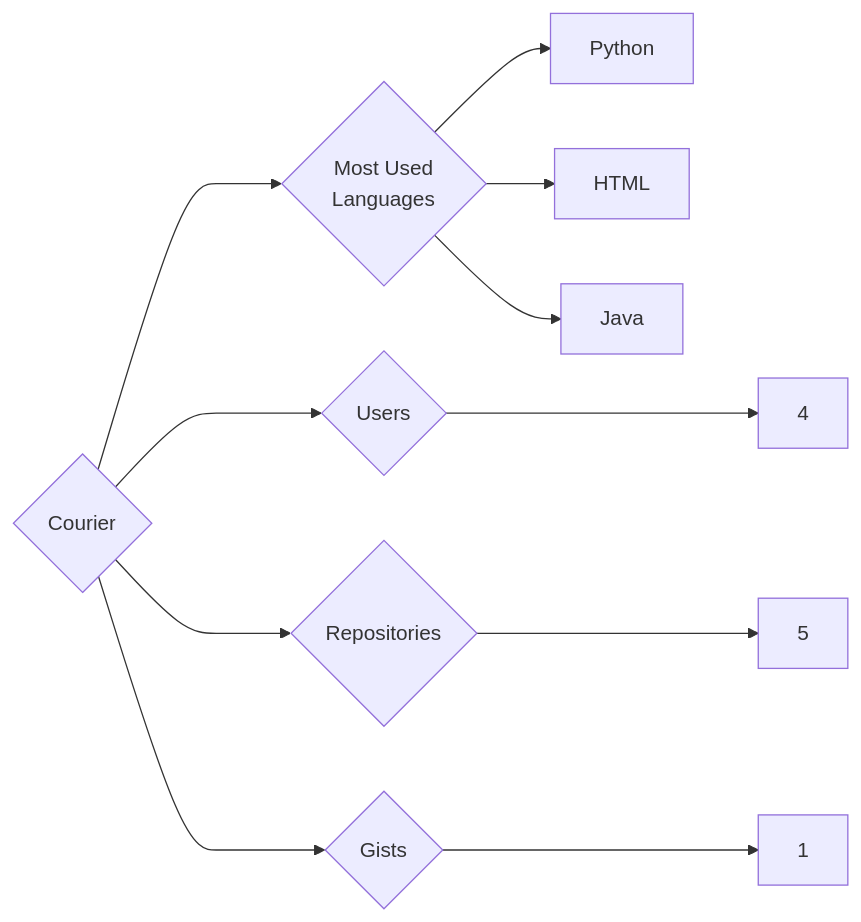
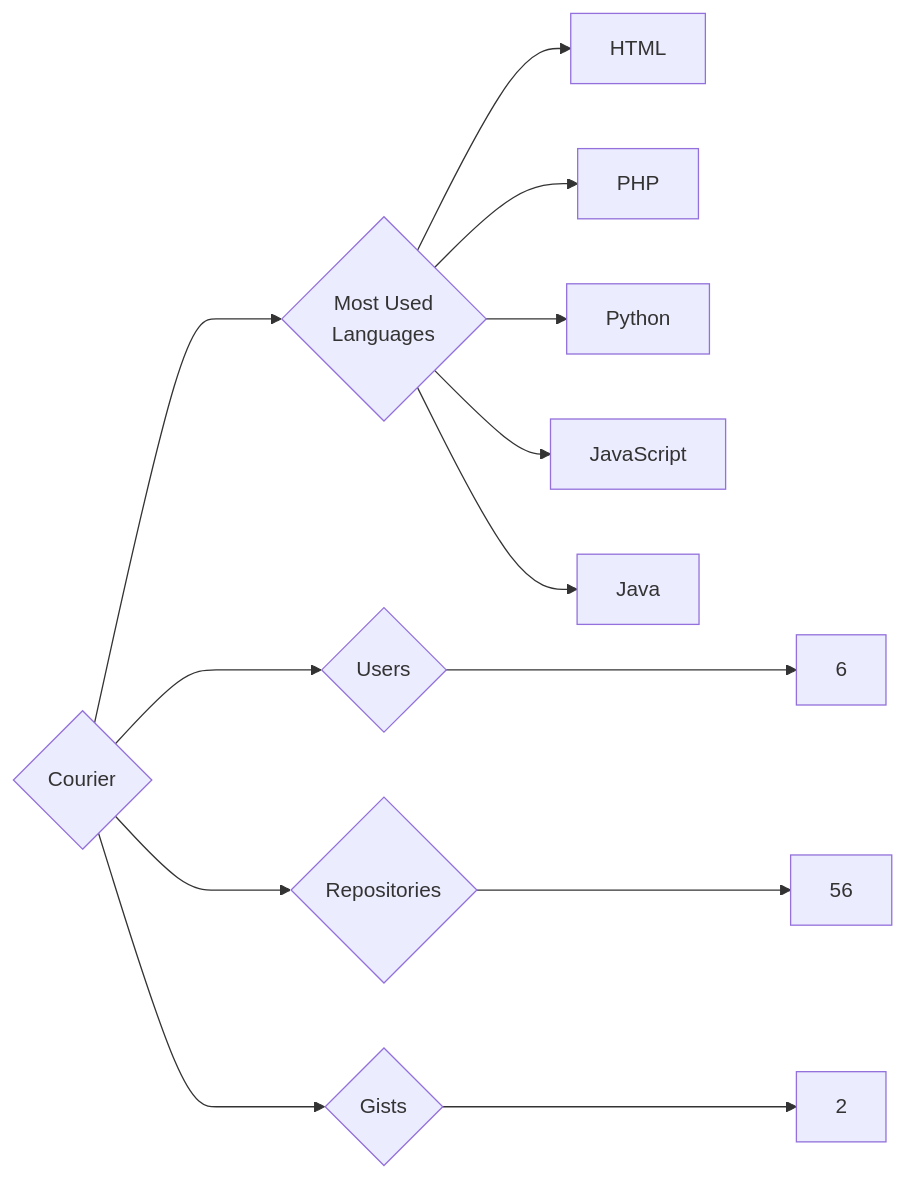
Before and after one commit to trickest/insiders: the diagram in targets/Courier/README.md, drawn with Mermaid. The commit also changed 997 other files, not shown here.

````diff
--- a/targets/Courier/README.md
+++ b/targets/Courier/README.md
@@ -3,11 +3,13 @@
 ```mermaid
 graph LR
 COMPANY_NAME{Courier}
-COMPANY_NAME ---> U{Users} ---> UN[4]
-COMPANY_NAME ---> R{Repositories} ---> RN[5]
-COMPANY_NAME ---> G{Gists} ---> GN[1]
+COMPANY_NAME ---> U{Users} ---> UN[6]
+COMPANY_NAME ---> R{Repositories} ---> RN[56]
+COMPANY_NAME ---> G{Gists} ---> GN[2]
 COMPANY_NAME ---> ML{Most Used<br>Languages}
+ML --> HTML[HTML]
+ML --> PHP[PHP]
 ML --> Python[Python]
-ML --> HTML[HTML]
+ML --> JavaScript[JavaScript]
 ML --> Java[Java]
 ```
````
